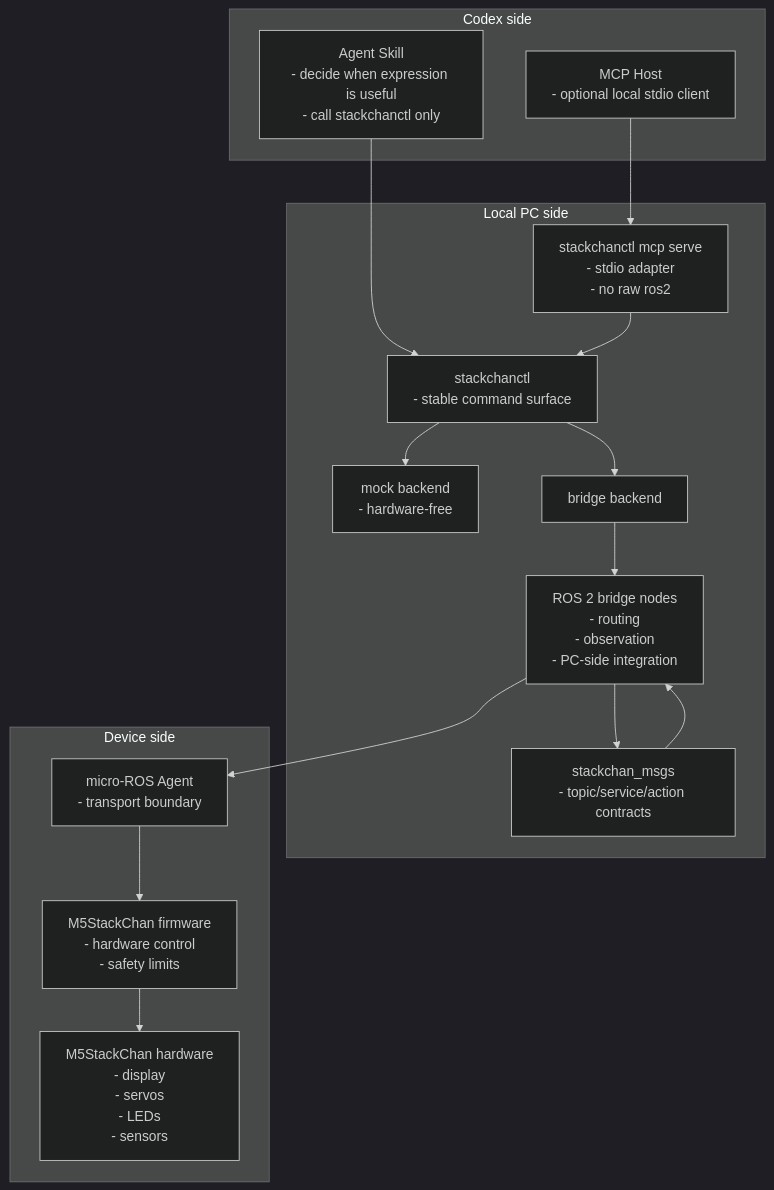
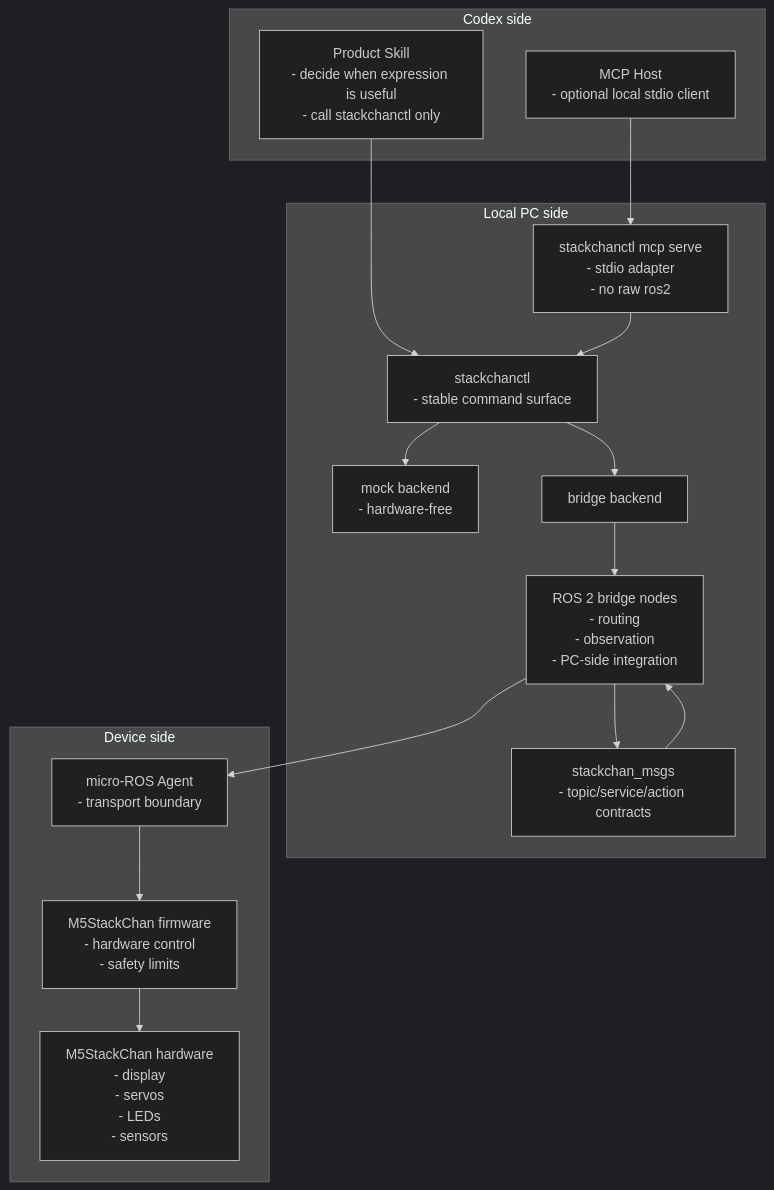
The third of 3 diagrams in docs/architecture.md (koizumikento/codex-stackchan-bridge), drawn with Mermaid (dark theme) before and after one commit. The commit also changed other lines of this file and 5 other files, not shown here.

Commit message:
Update docs for product skill and firmware CI harness

````diff
--- a/docs/architecture.md
+++ b/docs/architecture.md
@@ -142,34 +142,34 @@
 ```mermaid
 flowchart TB
     subgraph CodexLayer["Codex side"]
-        Skill["Agent Skill\n- decide when expression is useful\n- call stackchanctl only"]
+        Skill["Product Skill\n- decide when expression is useful\n- call stackchanctl only"]
         MCPHost["MCP Host\n- optional local stdio client"]
     end
 
     subgraph LocalLayer["Local PC side"]
         CLI["stackchanctl\n- stable command surface"]
         Mock["mock backend\n- hardware-free"]
         BridgeBackend["bridge backend"]
         MCPServer["stackchanctl mcp serve\n- stdio adapter\n- no raw ros2"]
         Bridge["ROS 2 bridge nodes\n- routing\n- observation\n- PC-side integration"]
         Msgs["stackchan_msgs\n- topic/service/action contracts"]
     end
 
     subgraph DeviceLayer["Device side"]
         Agent["micro-ROS Agent\n- transport boundary"]
         Firmware["M5StackChan firmware\n- hardware control\n- safety limits"]
         Hardware["M5StackChan hardware\n- display\n- servos\n- LEDs\n- sensors"]
     end
 
     Skill --> CLI
     MCPHost --> MCPServer
     MCPServer --> CLI
     CLI --> Mock
     CLI --> BridgeBackend
     BridgeBackend --> Bridge
     Bridge --> Msgs
     Msgs --> Bridge
     Bridge --> Agent
     Agent --> Firmware
     Firmware --> Hardware
 ```
````
